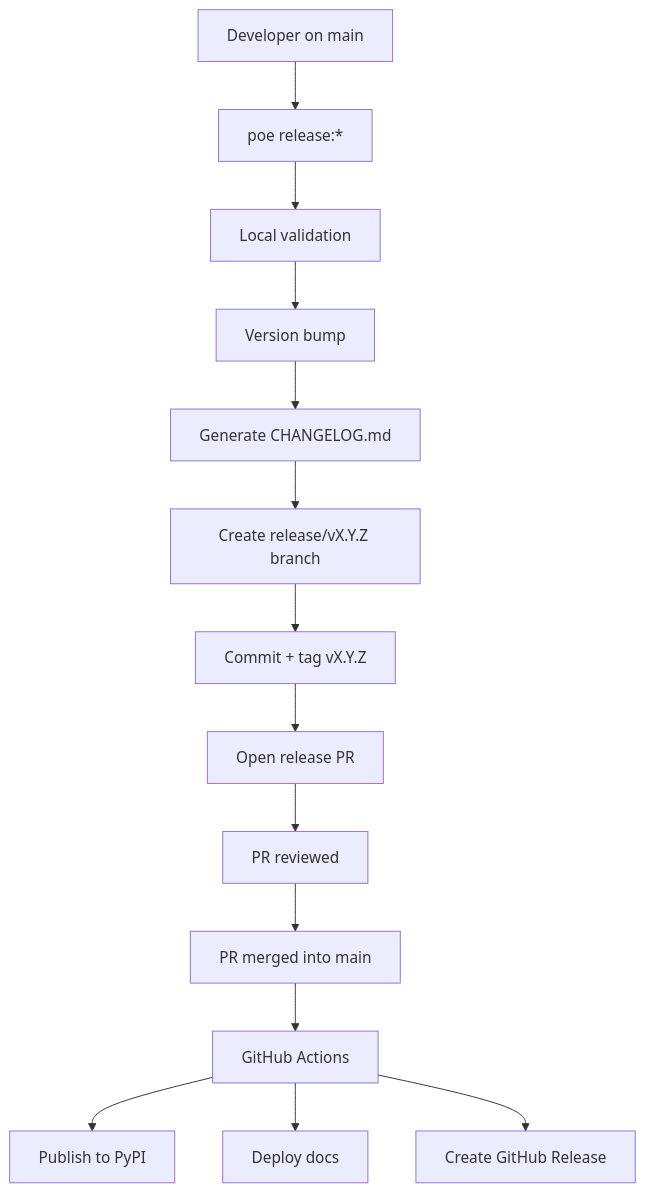
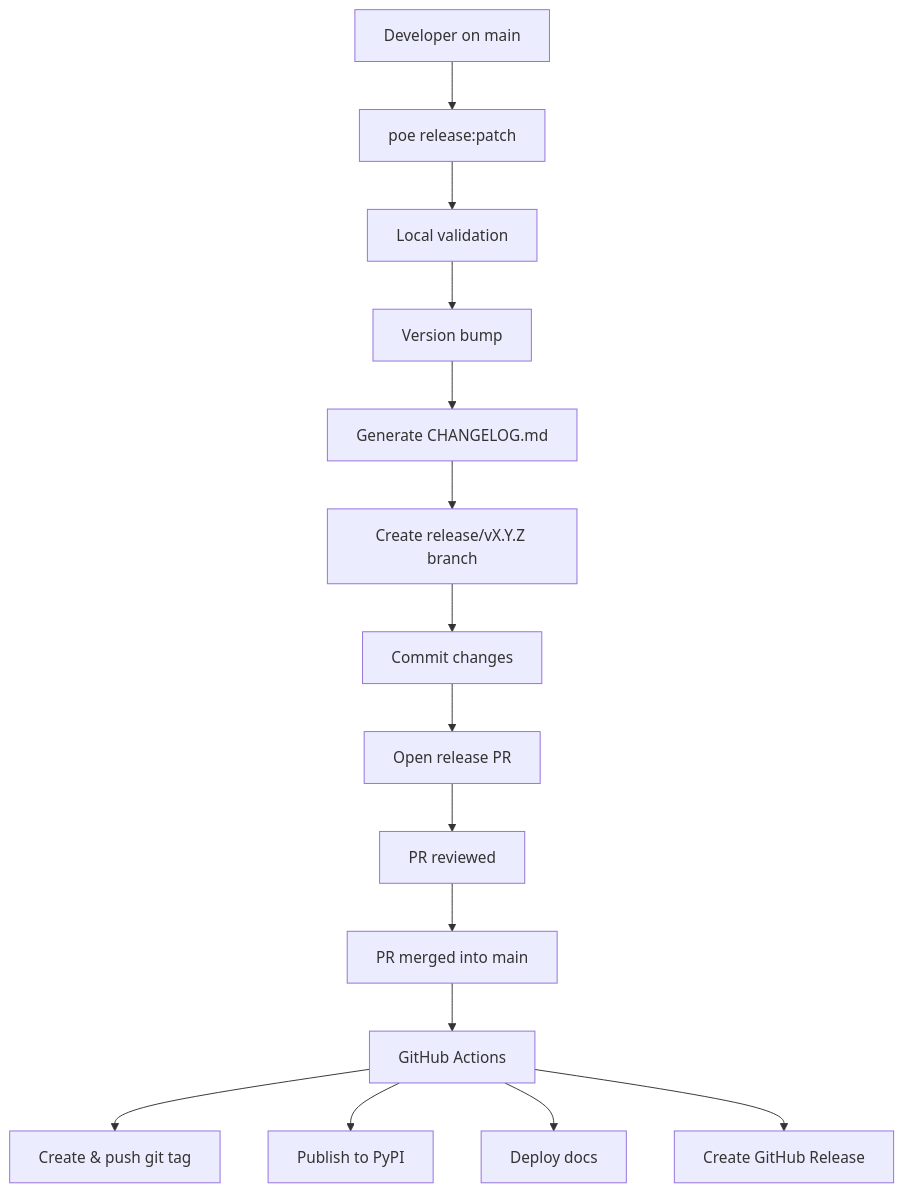
Before and after one commit to forging-blocks-org/forging-blocks: the diagram in RELEASE_GUIDE.md, drawn with Mermaid.

Commit message:
Improving clarity in release process diagram

````diff
--- a/RELEASE_GUIDE.md
+++ b/RELEASE_GUIDE.md
@@ -153,16 +153,17 @@
 ```mermaid
 flowchart TD
-    A[Developer on main] --> B[poe release:*]
+    A[Developer on main] --> B[poe release:patch]
     B --> C[Local validation]
     C --> D[Version bump]
     D --> E[Generate CHANGELOG.md]
     E --> F[Create release/vX.Y.Z branch]
-    F --> G[Commit + tag vX.Y.Z]
+    F --> G[Commit changes]
     G --> H[Open release PR]
     H --> I[PR reviewed]
     I --> J[PR merged into main]
     J --> K[GitHub Actions]
-    K --> L[Publish to PyPI]
-    K --> M[Deploy docs]
-    K --> N[Create GitHub Release]
+    K --> L[Create & push git tag]
+    K --> M[Publish to PyPI]
+    K --> N[Deploy docs]
+    K --> O[Create GitHub Release]
 ```
````
